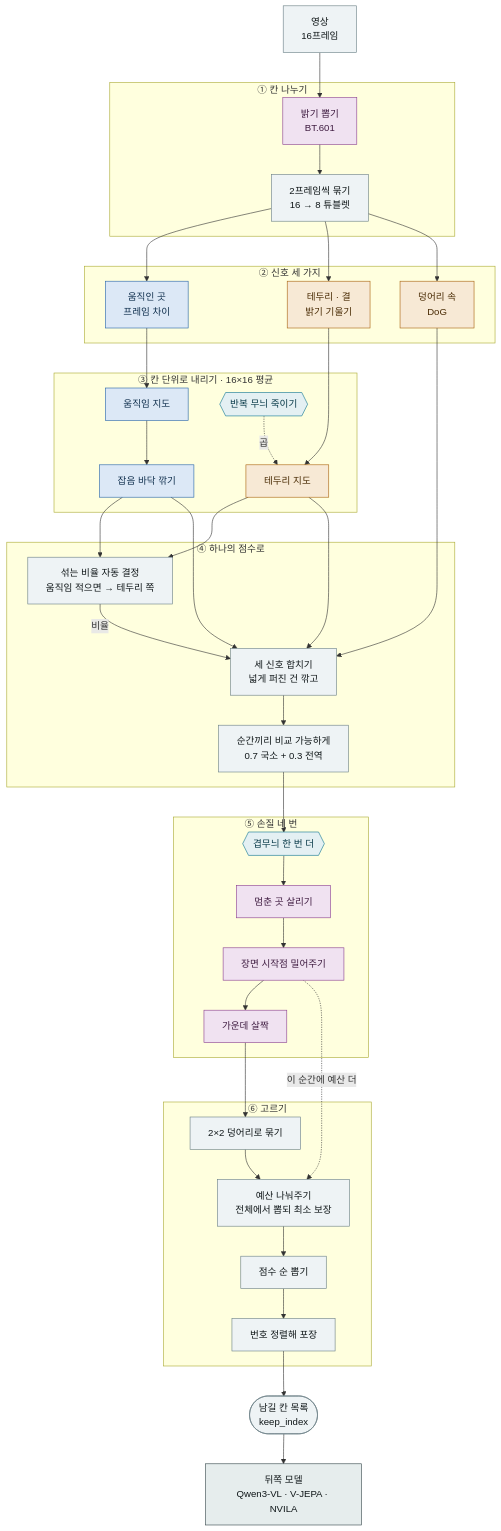
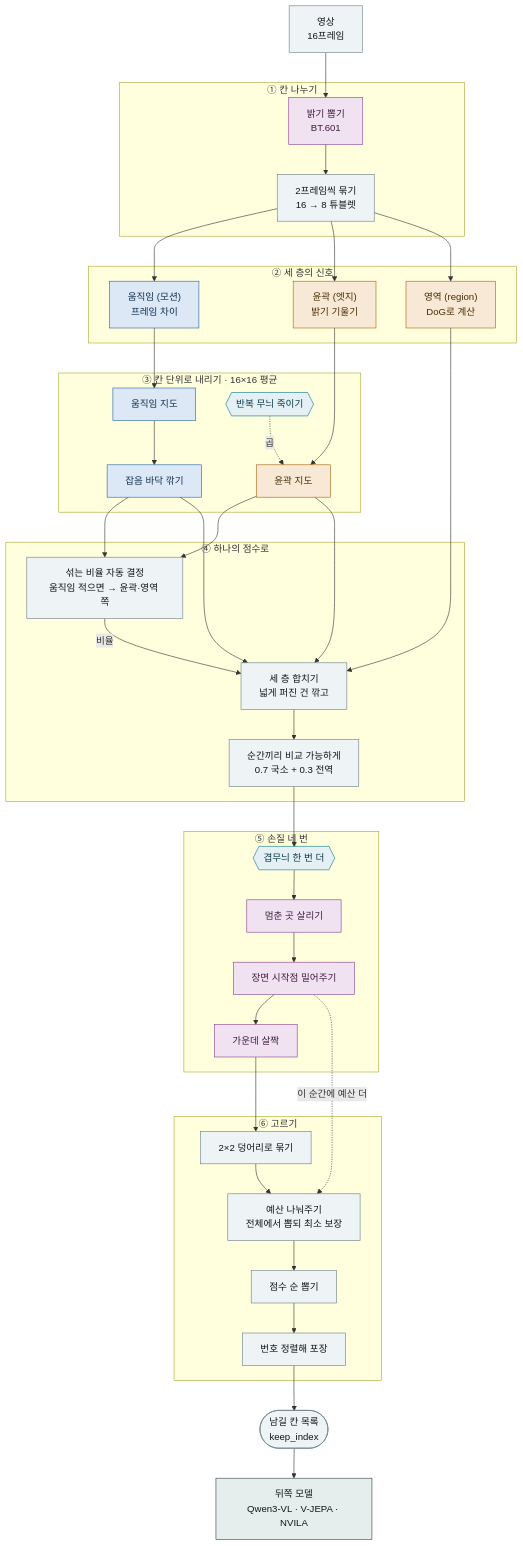
Before and after one commit to manricheon/AutoGaze: the diagram in docs/borissal/v06-pipeline.md, drawn with Mermaid. The commit also changed other lines of this file, not shown here.

````diff
--- a/docs/borissal/v06-pipeline.md
+++ b/docs/borissal/v06-pipeline.md
@@ -19,69 +20,69 @@
 ```mermaid
 flowchart TB
   V["영상<br/>16프레임"]:::io
 
   subgraph P0["① 칸 나누기"]
     L["밝기 뽑기<br/>BT.601"]:::new
     TB["2프레임씩 묶기<br/>16 → 8 튜블렛"]:::io
   end
 
-  subgraph P1["② 신호 세 가지"]
-    MD["움직인 곳<br/>프레임 차이"]:::mot
-    GR["테두리 · 결<br/>밝기 기울기"]:::app
-    DG["덩어리 속<br/>DoG"]:::app
+  subgraph P1["② 세 층의 신호"]
+    MD["움직임 (모션)<br/>프레임 차이"]:::mot
+    GR["윤곽 (엣지)<br/>밝기 기울기"]:::app
+    DG["영역 (region)<br/>DoG로 계산"]:::app
   end
 
   subgraph P2["③ 칸 단위로 내리기 · 16×16 평균"]
     MP["움직임 지도"]:::mot
-    SP["테두리 지도"]:::app
+    SP["윤곽 지도"]:::app
     CG{{"반복 무늬 죽이기"}}:::gate
     NF["잡음 바닥 깎기"]:::mot
   end
 
   subgraph P3["④ 하나의 점수로"]
-    AW["섞는 비율 자동 결정<br/>움직임 적으면 → 테두리 쪽"]:::io
-    FB["세 신호 합치기<br/>넓게 퍼진 건 깎고"]:::io
+    AW["섞는 비율 자동 결정<br/>움직임 적으면 → 윤곽·영역 쪽"]:::io
+    FB["세 층 합치기<br/>넓게 퍼진 건 깎고"]:::io
     GB["순간끼리 비교 가능하게<br/>0.7 국소 + 0.3 전역"]:::io
   end
 
   subgraph P4["⑤ 손질 네 번"]
     LG{{"겹무늬 한 번 더"}}:::gate
     SG["멈춘 곳 살리기"]:::new
     KF["장면 시작점 밀어주기"]:::new
     CB["가운데 살짝"]:::new
   end
 
   subgraph P5["⑥ 고르기"]
     CC["2×2 덩어리로 묶기"]:::io
     AL["예산 나눠주기<br/>전체에서 뽑되 최소 보장"]:::io
     TK["점수 순 뽑기"]:::io
     PK["번호 정렬해 포장"]:::io
   end
 
   S(["남길 칸 목록<br/>keep_index"]):::io
   DS["뒤쪽 모델<br/>Qwen3-VL · V-JEPA · NVILA"]:::out
 
   V --> L --> TB
   TB --> MD
   TB --> GR
   TB --> DG
   MD --> MP --> NF
   GR --> SP
   CG -.->|"곱"| SP
   NF --> AW
   SP --> AW
   NF --> FB
   SP --> FB
   DG --> FB
   AW -->|"비율"| FB
   FB --> GB --> LG --> SG --> KF --> CB
   CB --> CC --> AL --> TK --> PK --> S --> DS
   KF -.->|"이 순간에 예산 더"| AL
 
   classDef io fill:#eef3f5,stroke:#6a7f85,color:#101719
   classDef mot fill:#dce8f6,stroke:#2563a8,color:#12314f
   classDef app fill:#f7e9d5,stroke:#a8620d,color:#4a2c05
   classDef new fill:#f0e2f1,stroke:#8a3f8f,color:#3f1c41
   classDef gate fill:#e4f0f3,stroke:#0d7490,color:#093a49
   classDef out fill:#e6eded,stroke:#35464a,color:#101719
 ```
````
